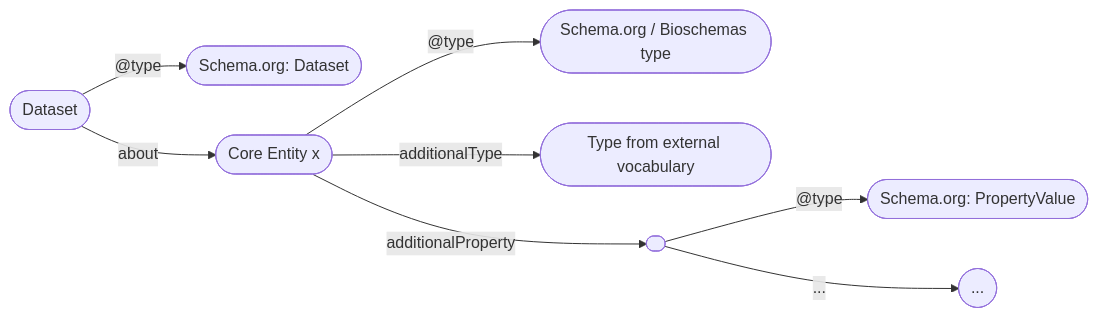
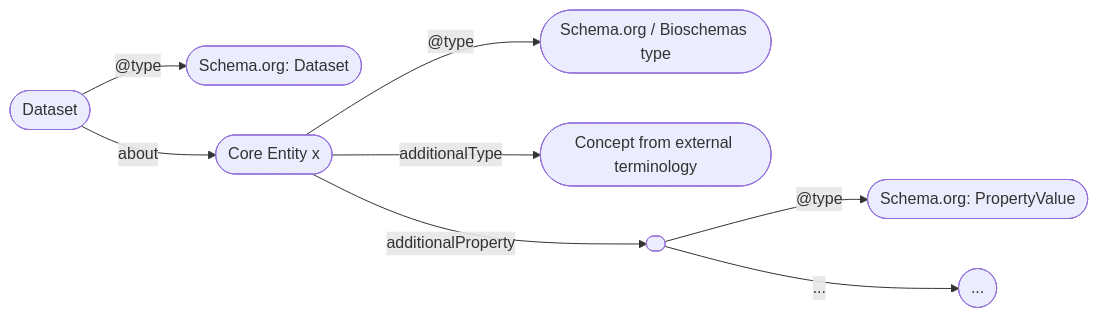
One commit to fairagro/knowledgebase changed the second of 3 diagrams in docs/rdm/core_metadata_specification.en.md. Above: the diagram before and after it, drawn with Mermaid. The commit also changed other lines of this file, not shown here.

````diff
--- a/docs/rdm/core_metadata_specification.en.md
+++ b/docs/rdm/core_metadata_specification.en.md
@@ -964,10 +968,10 @@
 ```mermaid
 	flowchart LR;
 	A(["Dataset"]) --"@type"-->B(["Schema.org: Dataset"])
 	A(["Dataset"])--"about"-->C(["Core Entity"])
 	C(["Core Entity x"]) --"@type"-->D(["Schema.org / Bioschemas type"])
-	C(["Core Entity x"]) --"additionalType"-->E(["Type from external vocabulary"])
+	C(["Core Entity x"]) --"additionalType"-->E(["Concept from external terminology"])
 	C(["Core Entity x"]) --"additionalProperty"-->G([" "])
 	G([" "])--"@type"-->H(["Schema.org: PropertyValue"])
 	G([" "])--... -->I(["..."])
 ```
````
